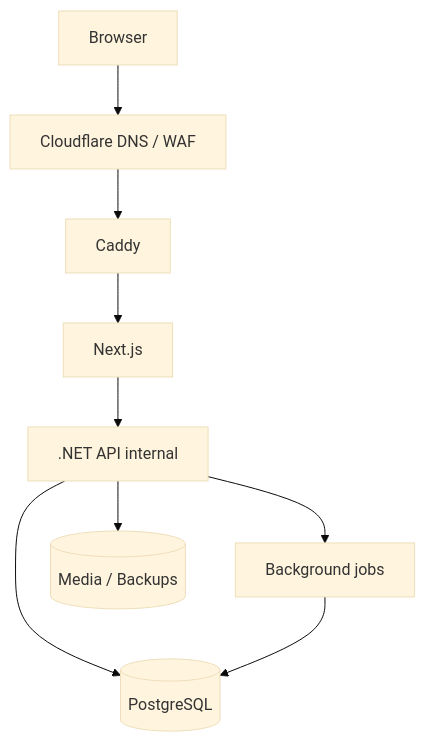
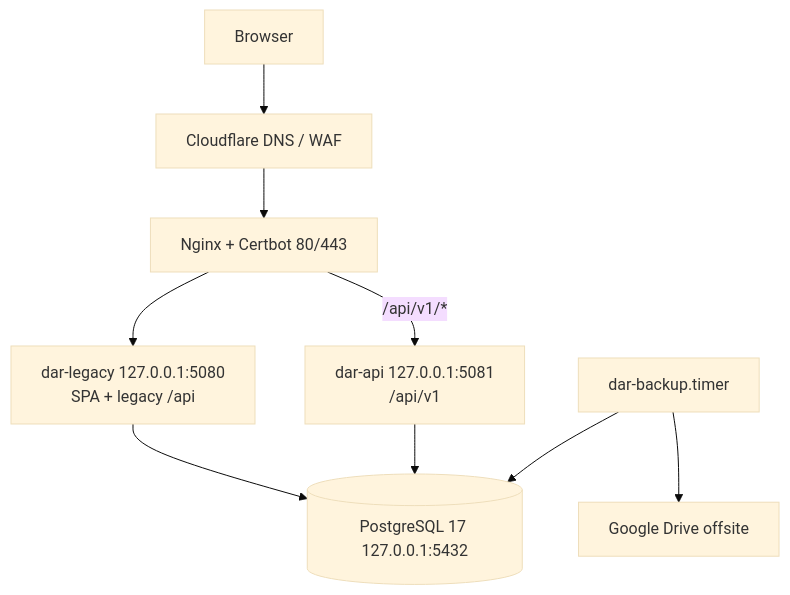
One commit to Abdalmlek56M/darelemamhafs changed the diagram in docs/02-architecture.md. Above: the diagram before and after it, drawn with Mermaid (base theme). The commit also changed other lines of this file and 28 other files, not shown here.

````diff
--- a/docs/02-architecture.md
+++ b/docs/02-architecture.md
@@ -353,11 +334,11 @@
 ```mermaid
 flowchart TB
     U[Browser] --> CF[Cloudflare DNS / WAF]
-    CF --> Caddy[Caddy]
-    Caddy --> Web[Next.js]
-    Web --> API[.NET API internal]
-    API --> PG[(PostgreSQL)]
-    API --> Worker[Background jobs]
-    Worker --> PG
-    API --> Storage[(Media / Backups)]
+    CF --> N[Nginx + Certbot 80/443]
+    N --> L[dar-legacy 127.0.0.1:5080<br/>SPA + legacy /api]
+    N -->|/api/v1/*| A[dar-api 127.0.0.1:5081<br/>/api/v1]
+    L --> PG[(PostgreSQL 17 127.0.0.1:5432)]
+    A --> PG
+    B[dar-backup.timer] --> PG
+    B --> G[Google Drive offsite]
 ```
````
